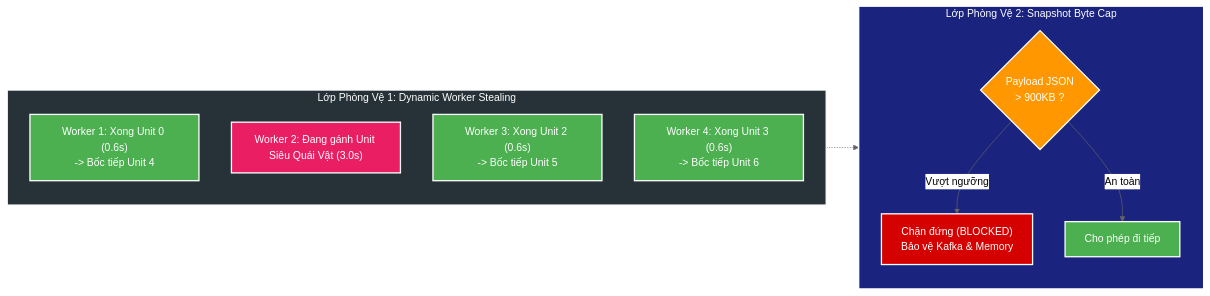
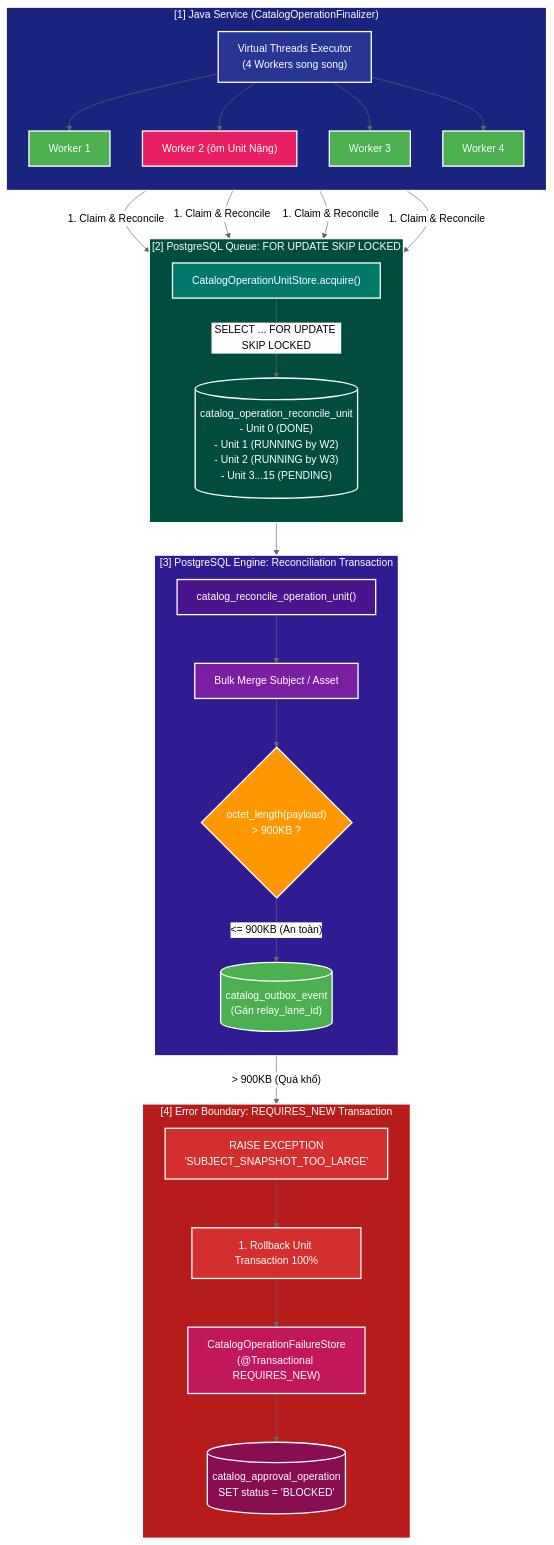
Before and after one commit to HungPhan200591/file-mngt-be-v2: the second of 2 diagrams in manual/learning/deep-dive/catalog-service/02-routing-buckets-and-hash-distribution-deep-dive.md, drawn with Mermaid (neutral theme). The commit also changed other lines of this file, not shown here.

Commit message:
feat: enhance documentation on worst-case scenarios and error handling mechanisms for catalog service

````diff
--- a/manual/learning/deep-dive/catalog-service/02-routing-buckets-and-hash-distribution-deep-dive.md
+++ b/manual/learning/deep-dive/catalog-service/02-routing-buckets-and-hash-distribution-deep-dive.md
@@ -156,29 +158,68 @@
 ```mermaid
-flowchart LR
-    subgraph DEF1["Lớp Phòng Vệ 1: Dynamic Worker Stealing"]
-        W1["Worker 1: Xong Unit 0 (0.6s)\n-> Bốc tiếp Unit 4"]
-        W2["Worker 2: Đang gánh Unit Siêu Quái Vật (3.0s)"]
-        W3["Worker 3: Xong Unit 2 (0.6s)\n-> Bốc tiếp Unit 5"]
-        W4["Worker 4: Xong Unit 3 (0.6s)\n-> Bốc tiếp Unit 6"]
+flowchart TD
+    subgraph JAVA["[1] Java Service (CatalogOperationFinalizer)"]
+        direction TB
+        EXEC["Virtual Threads Executor\n(4 Workers song song)"]
+        W1["Worker 1"]
+        W2["Worker 2 (ôm Unit Nặng)"]
+        W3["Worker 3"]
+        W4["Worker 4"]
+        EXEC --> W1
+        EXEC --> W2
+        EXEC --> W3
+        EXEC --> W4
     end
 
-    subgraph DEF2["Lớp Phòng Vệ 2: Snapshot Byte Cap"]
-        CAP{"Payload JSON\n> 900KB ?"}
-        BLOCK["Chặn đứng (BLOCKED)\nBảo vệ Kafka & Memory"]
-        PASS["Cho phép đi tiếp"]
+    subgraph DB_CLAIM["[2] PostgreSQL Queue: FOR UPDATE SKIP LOCKED"]
+        direction TB
+        STORE["CatalogOperationUnitStore.acquire()"]
+        TABLE_UNITS[("catalog_operation_reconcile_unit\n- Unit 0 (DONE)\n- Unit 1 (RUNNING by W2)\n- Unit 2 (RUNNING by W3)\n- Unit 3...15 (PENDING)")]
+        STORE -->|"SELECT ... FOR UPDATE SKIP LOCKED"| TABLE_UNITS
     end
 
-    DEF1 -.-> DEF2
-    CAP -->|Vượt ngưỡng| BLOCK
-    CAP -->|An toàn| PASS
+    subgraph DB_EXEC["[3] PostgreSQL Engine: Reconciliation Transaction"]
+        direction TB
+        PROC["catalog_reconcile_operation_unit()"]
+        MERGE["Bulk Merge Subject / Asset"]
+        CHECK_SIZE{"octet_length(payload)\n> 900KB ?"}
+        OUTBOX[("catalog_outbox_event\n(Gán relay_lane_id)")]
+        PROC --> MERGE --> CHECK_SIZE
+        CHECK_SIZE -->|"<= 900KB (An toàn)"| OUTBOX
+    end
 
-    style DEF1 fill:#263238,stroke:#fff,stroke-width:2px,color:#fff
+    subgraph FAIL_GUARD["[4] Error Boundary: REQUIRES_NEW Transaction"]
+        direction TB
+        RAISE["RAISE EXCEPTION\n'SUBJECT_SNAPSHOT_TOO_LARGE'"]
+        ROLLBACK["1. Rollback Unit Transaction 100%"]
+        FAIL_STORE["CatalogOperationFailureStore\n(@Transactional REQUIRES_NEW)"]
+        BLOCK_OP[("catalog_approval_operation\nSET status = 'BLOCKED'")]
+        CHECK_SIZE -->|"> 900KB (Quá khổ)"| RAISE
+        RAISE --> ROLLBACK --> FAIL_STORE --> BLOCK_OP
+    end
+
+    W1 -->|"1. Claim & Reconcile"| STORE
+    W2 -->|"1. Claim & Reconcile"| STORE
+    W3 -->|"1. Claim & Reconcile"| STORE
+    W4 -->|"1. Claim & Reconcile"| STORE
+    STORE --> PROC
+
+    style JAVA fill:#1A237E,stroke:#fff,stroke-width:2px,color:#fff
+    style EXEC fill:#283593,stroke:#fff,stroke-width:2px,color:#fff
     style W1 fill:#4CAF50,stroke:#fff,stroke-width:2px,color:#fff
     style W2 fill:#E91E63,stroke:#fff,stroke-width:2px,color:#fff
     style W3 fill:#4CAF50,stroke:#fff,stroke-width:2px,color:#fff
     style W4 fill:#4CAF50,stroke:#fff,stroke-width:2px,color:#fff
-    style DEF2 fill:#1A237E,stroke:#fff,stroke-width:2px,color:#fff
-    style CAP fill:#FF9800,stroke:#fff,stroke-width:2px,color:#fff
-    style BLOCK fill:#D50000,stroke:#fff,stroke-width:2px,color:#fff
-    style PASS fill:#4CAF50,stroke:#fff,stroke-width:2px,color:#fff
+    style DB_CLAIM fill:#004D40,stroke:#fff,stroke-width:2px,color:#fff
+    style STORE fill:#00796B,stroke:#fff,stroke-width:2px,color:#fff
+    style TABLE_UNITS fill:#004D40,stroke:#fff,stroke-width:2px,color:#fff
+    style DB_EXEC fill:#311B92,stroke:#fff,stroke-width:2px,color:#fff
+    style PROC fill:#4A148C,stroke:#fff,stroke-width:2px,color:#fff
+    style MERGE fill:#7B1FA2,stroke:#fff,stroke-width:2px,color:#fff
+    style CHECK_SIZE fill:#FF9800,stroke:#fff,stroke-width:2px,color:#fff
+    style OUTBOX fill:#4CAF50,stroke:#fff,stroke-width:2px,color:#fff
+    style FAIL_GUARD fill:#B71C1C,stroke:#fff,stroke-width:2px,color:#fff
+    style RAISE fill:#D32F2F,stroke:#fff,stroke-width:2px,color:#fff
+    style ROLLBACK fill:#D32F2F,stroke:#fff,stroke-width:2px,color:#fff
+    style FAIL_STORE fill:#C2185B,stroke:#fff,stroke-width:2px,color:#fff
+    style BLOCK_OP fill:#880E4F,stroke:#fff,stroke-width:2px,color:#fff
 ```
````
